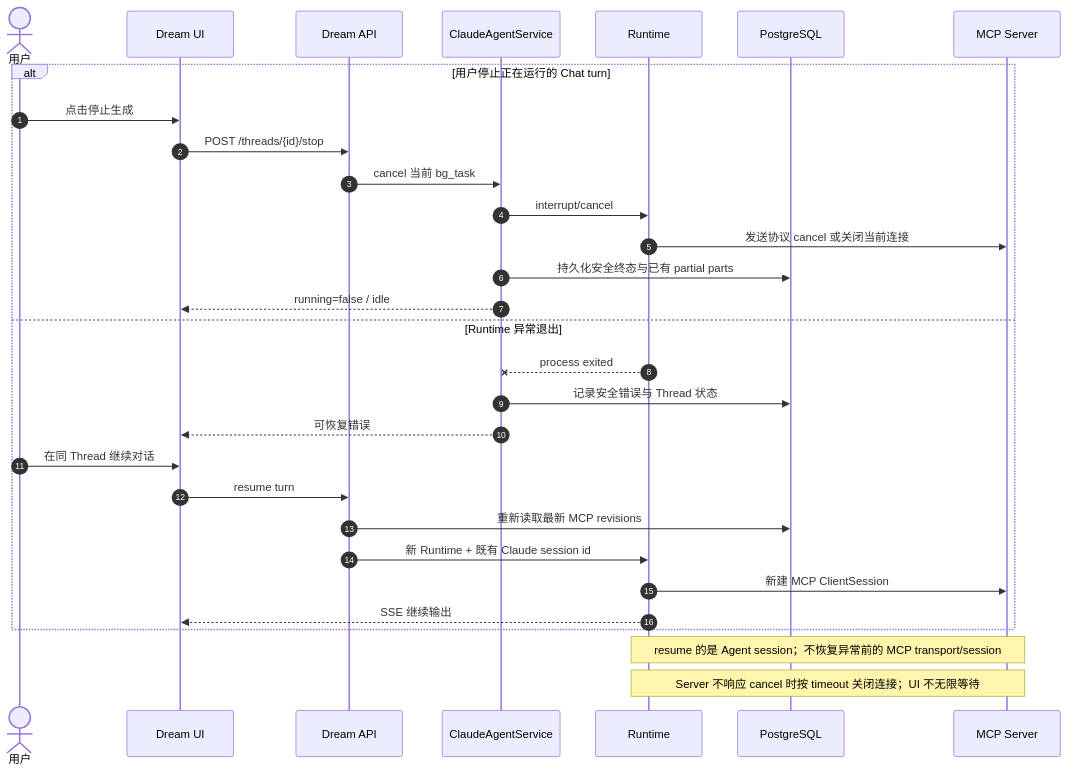
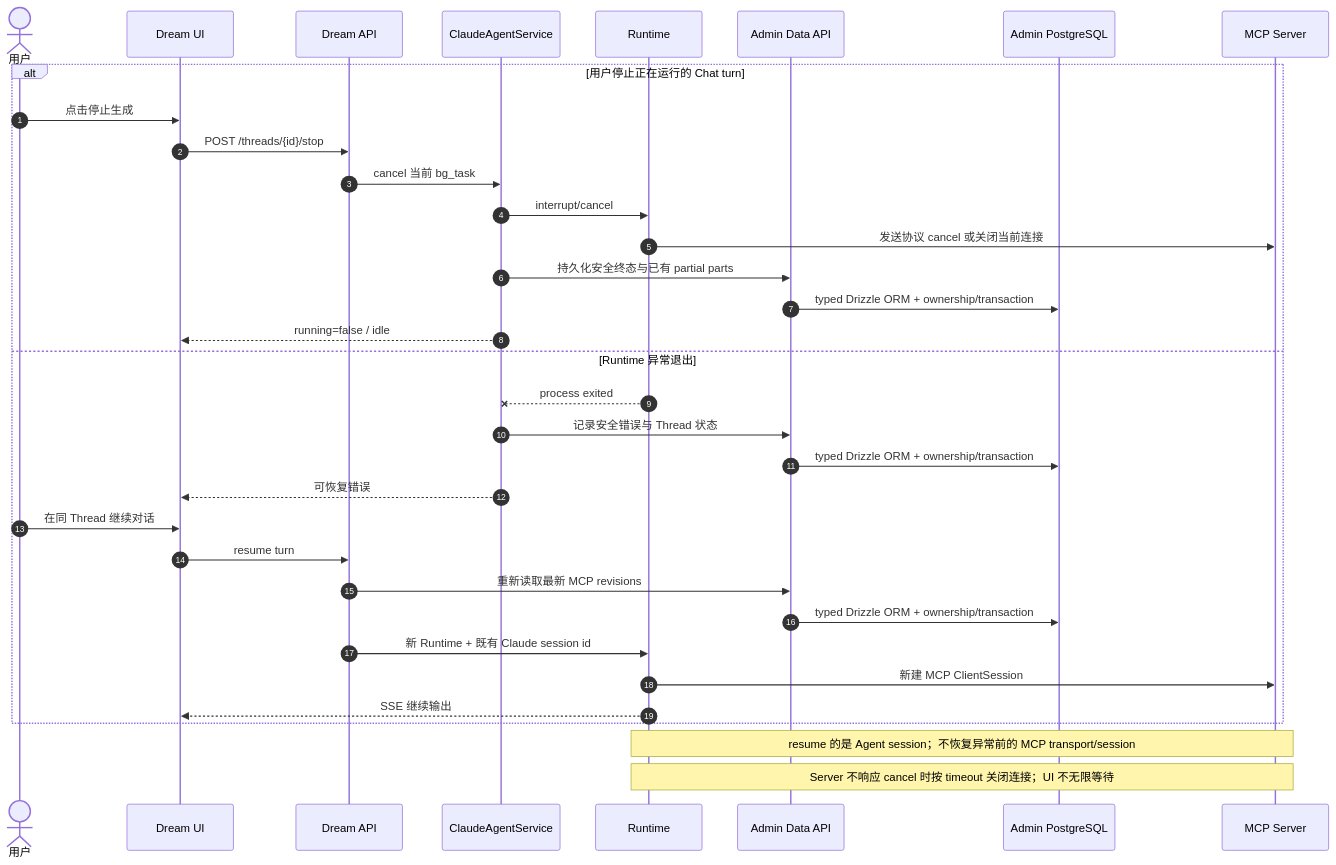
One commit to glide-the/im-dream changed the ninth of 10 diagrams in docs/design/claude-agent/dream-managed-mcp-business-sequences.md. Above: the diagram before and after it, drawn with Mermaid. The commit also changed other lines of this file and 30 other files, not shown here.

Commit message:
refactor(mcp): move managed persistence behind Admin DTOs

```diff
--- a/docs/design/claude-agent/dream-managed-mcp-business-sequences.md
+++ b/docs/design/claude-agent/dream-managed-mcp-business-sequences.md
@@ -360,33 +396,37 @@
 ~~~mermaid
 sequenceDiagram
     autonumber
     actor U as 用户
     participant UI as Dream UI
     participant API as Dream API
     participant S as ClaudeAgentService
     participant RT as Runtime
-    participant DB as PostgreSQL
+    participant Admin as Admin Data API
+    participant DB as Admin PostgreSQL
     participant M as MCP Server
 
     alt 用户停止正在运行的 Chat turn
         U->>UI: 点击停止生成
         UI->>API: POST /threads/{id}/stop
         API->>S: cancel 当前 bg_task
         S->>RT: interrupt/cancel
         RT->>M: 发送协议 cancel 或关闭当前连接
-        S->>DB: 持久化安全终态与已有 partial parts
+        S->>Admin: 持久化安全终态与已有 partial parts
+        Admin->>DB: typed Drizzle ORM + ownership/transaction
         S-->>UI: running=false / idle
     else Runtime 异常退出
         RT--xS: process exited
-        S->>DB: 记录安全错误与 Thread 状态
+        S->>Admin: 记录安全错误与 Thread 状态
+        Admin->>DB: typed Drizzle ORM + ownership/transaction
         S-->>UI: 可恢复错误
         U->>UI: 在同 Thread 继续对话
         UI->>API: resume turn
-        API->>DB: 重新读取最新 MCP revisions
+        API->>Admin: 重新读取最新 MCP revisions
+        Admin->>DB: typed Drizzle ORM + ownership/transaction
         API->>RT: 新 Runtime + 既有 Claude session id
         RT->>M: 新建 MCP ClientSession
         RT-->>UI: SSE 继续输出
     end
     Note over RT,M: resume 的是 Agent session；不恢复异常前的 MCP transport/session
     Note over RT,M: Server 不响应 cancel 时按 timeout 关闭连接；UI 不无限等待
 ~~~
```
